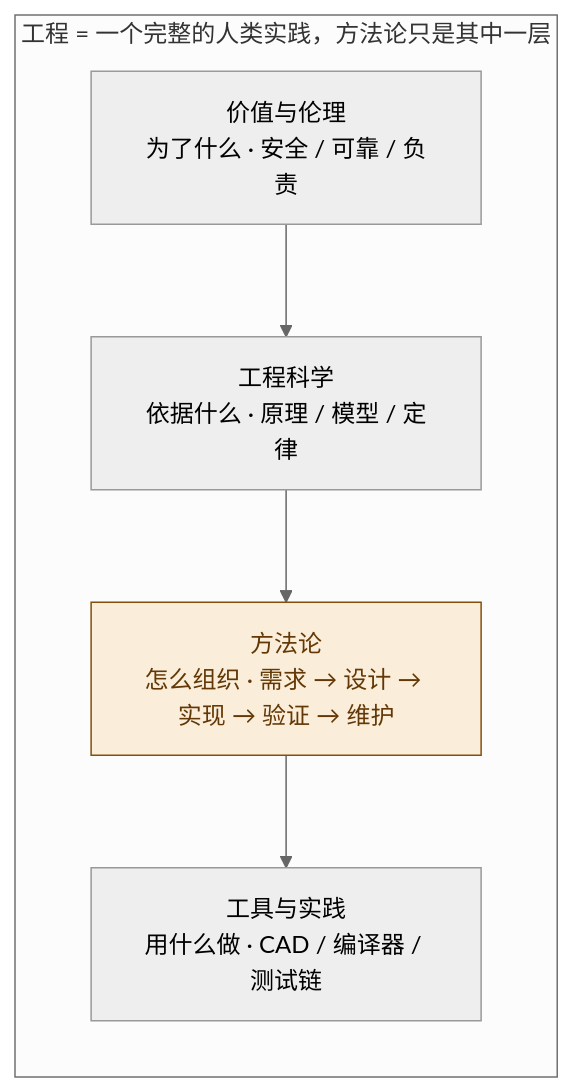
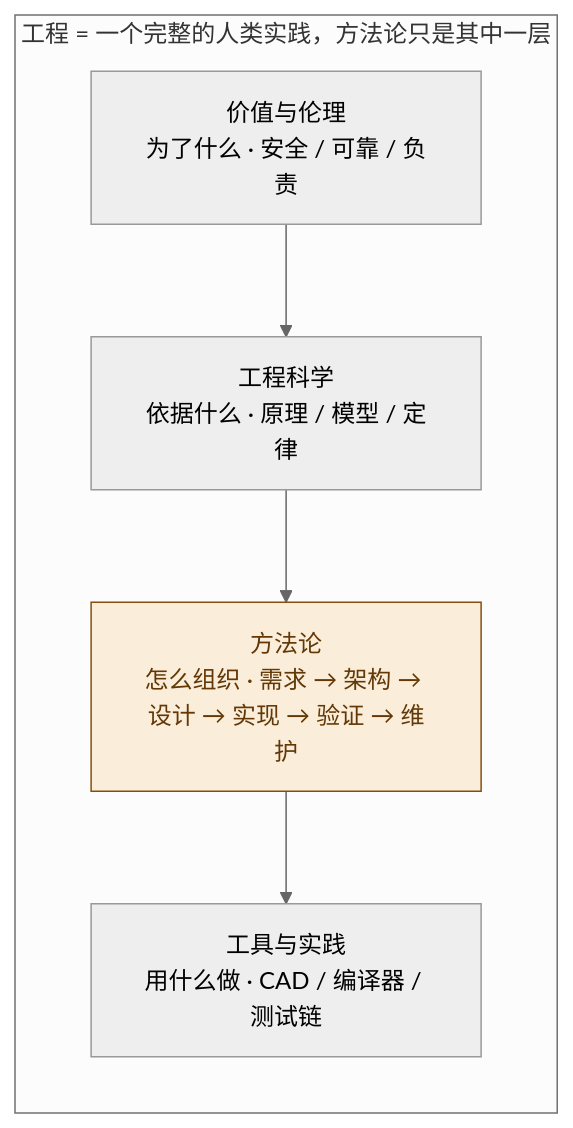
Before and after one commit to Yongjunzhou/AOS-system-design: the third of 10 diagrams in 100-subprojects/01-系统工程研究/00-系统工程相关研究报告/05-工程概念研究报告-从定义到系统思维.md, drawn with Mermaid (neutral theme). The commit also changed other lines of this file and 45 other files, not shown here.

````diff
--- a/100-subprojects/01-系统工程研究/00-系统工程相关研究报告/05-工程概念研究报告-从定义到系统思维.md
+++ b/100-subprojects/01-系统工程研究/00-系统工程相关研究报告/05-工程概念研究报告-从定义到系统思维.md
@@ -107,13 +107,13 @@
 ```mermaid
 flowchart TD
     subgraph ENG["工程 = 一个完整的人类实践，方法论只是其中一层"]
         direction TB
         P["工具与实践<br/>用什么做 · CAD / 编译器 / 测试链"]
-        M["方法论<br/>怎么组织 · 需求 → 设计 → 实现 → 验证 → 维护"]
+        M["方法论<br/>怎么组织 · 需求 → 架构 → 设计 → 实现 → 验证 → 维护"]
         K["工程科学<br/>依据什么 · 原理 / 模型 / 定律"]
         V["价值与伦理<br/>为了什么 · 安全 / 可靠 / 负责"]
         K --> M --> P
         V --> K
     end
     style M fill:#FAEEDA,stroke:#854F0B,color:#633806
 ```
````
